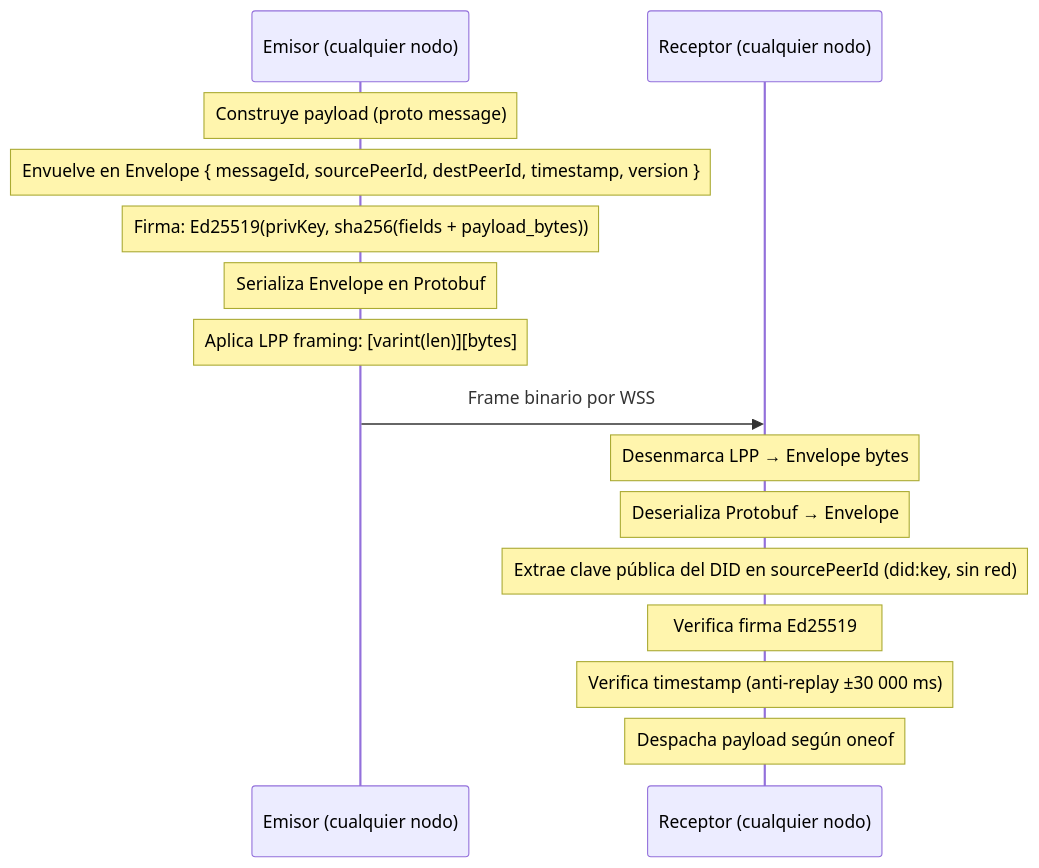
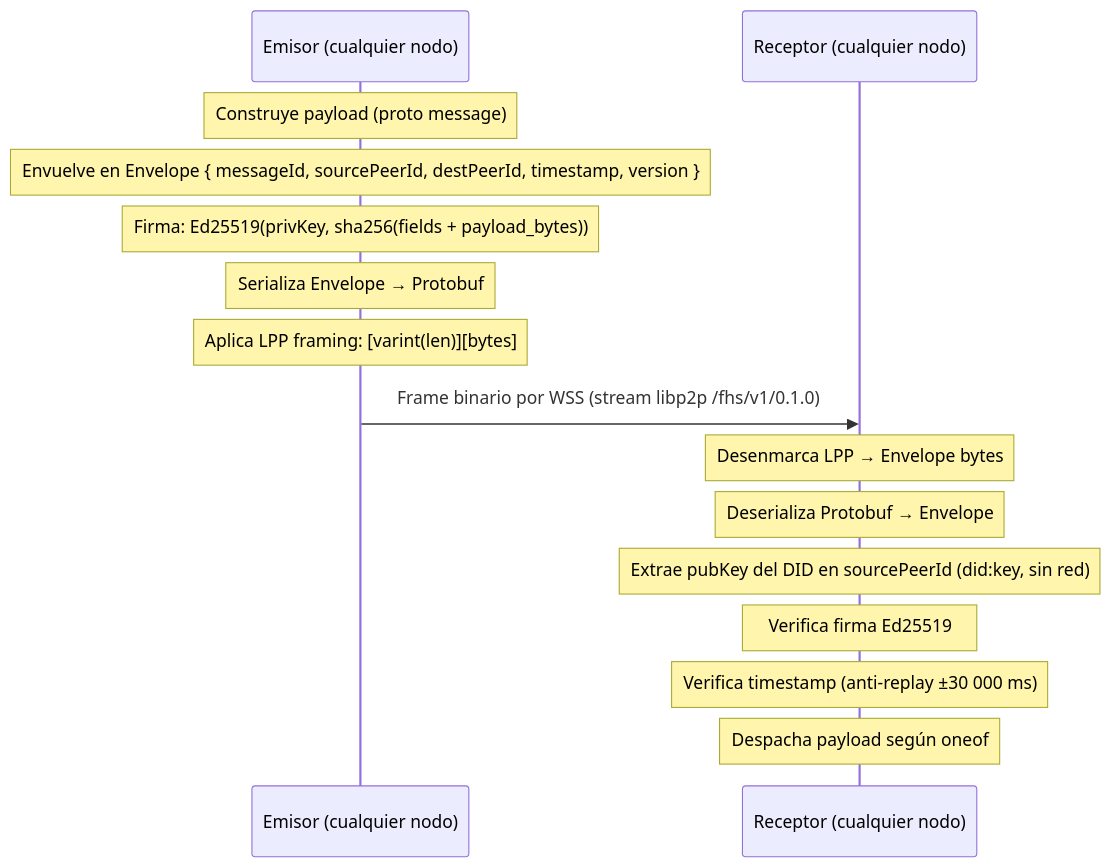
Before and after one commit to rafex/galaxIA: the fourth of 5 diagrams in protocol/network.md, drawn with Mermaid. The commit also changed other lines of this file, not shown here.

First line of the commit message:
docs(protocol): actualizar network.md para arquitectura P2P libp2p (DEC-P2P-001)

````diff
--- a/protocol/network.md
+++ b/protocol/network.md
@@ -115,20 +264,20 @@
 ```mermaid
 sequenceDiagram
     participant E as Emisor (cualquier nodo)
     participant R as Receptor (cualquier nodo)
 
     note over E: Construye payload (proto message)
     note over E: Envuelve en Envelope { messageId, sourcePeerId, destPeerId, timestamp, version }
     note over E: Firma: Ed25519(privKey, sha256(fields + payload_bytes))
-    note over E: Serializa Envelope en Protobuf
+    note over E: Serializa Envelope → Protobuf
     note over E: Aplica LPP framing: [varint(len)][bytes]
 
-    E->>R: Frame binario por WSS
+    E->>R: Frame binario por WSS (stream libp2p /fhs/v1/0.1.0)
 
     note over R: Desenmarca LPP → Envelope bytes
     note over R: Deserializa Protobuf → Envelope
-    note over R: Extrae clave pública del DID en sourcePeerId (did:key, sin red)
+    note over R: Extrae pubKey del DID en sourcePeerId (did:key, sin red)
     note over R: Verifica firma Ed25519
     note over R: Verifica timestamp (anti-replay ±30 000 ms)
     note over R: Despacha payload según oneof
 ```
````
